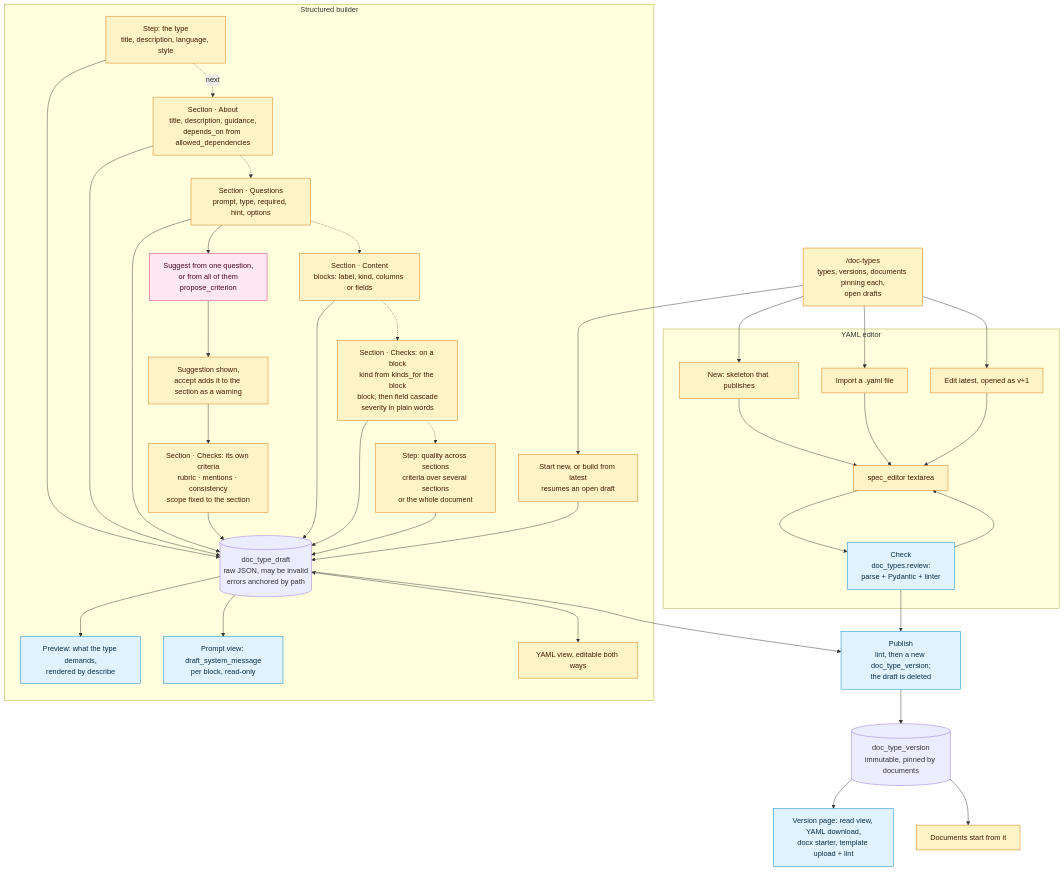
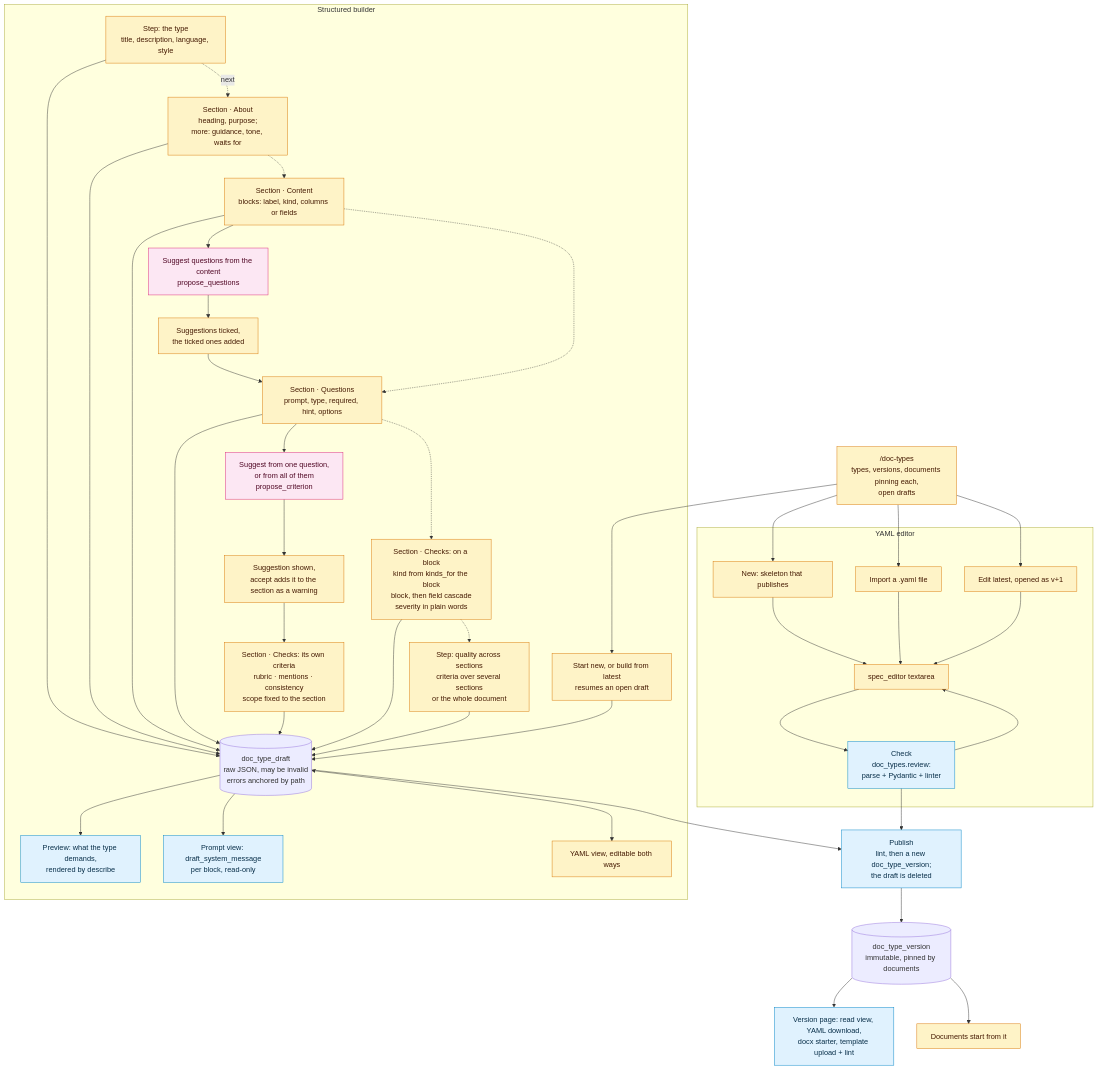
One commit to rlei-odes/lcf changed the second of 3 diagrams in docs/FLOWS.md. Above: the diagram before and after it, drawn with Mermaid. The commit also changed other lines of this file and 24 other files, not shown here.

````diff
--- a/docs/FLOWS.md
+++ b/docs/FLOWS.md
@@ -116,70 +111,73 @@
 ```mermaid
 flowchart TD
     list["/doc-types<br/>types, versions, documents pinning each,<br/>open drafts"]
 
     subgraph YAML["YAML editor"]
         newyaml["New: skeleton that publishes"]
         importyaml["Import a .yaml file"]
         edityaml["Edit latest, opened as v+1"]
         textarea["spec_editor textarea"]
         review["Check<br/>doc_types.review:<br/>parse + Pydantic + linter"]
         newyaml --> textarea
         importyaml --> textarea
         edityaml --> textarea
         textarea --> review --> textarea
     end
 
     subgraph BUILDER["Structured builder"]
         start["Start new, or build from latest<br/>resumes an open draft"]
         draftrow[("doc_type_draft<br/>raw JSON, may be invalid<br/>errors anchored by path")]
 
         meta["Step: the type<br/>title, description, language, style"]
-        sec["Section · About<br/>title, description, guidance,<br/>depends_on from allowed_dependencies"]
+        sec["Section · About<br/>heading, purpose;<br/>more: guidance, tone, waits for"]
         ques["Section · Questions<br/>prompt, type, required, hint, options"]
         blk["Section · Content<br/>blocks: label, kind, columns or fields"]
         req["Section · Checks: on a block<br/>kind from kinds_for the block<br/>block, then field cascade<br/>severity in plain words"]
         crit["Section · Checks: its own criteria<br/>rubric · mentions · consistency<br/>scope fixed to the section"]
         suggest["Suggest from one question,<br/>or from all of them<br/>propose_criterion"]
         offer["Suggestion shown,<br/>accept adds it to the section as a warning"]
         xcrit["Step: quality across sections<br/>criteria over several sections<br/>or the whole document"]
 
         preview["Preview: what the type demands,<br/>rendered by describe"]
         promptview["Prompt view: draft_system_message<br/>per block, read-only"]
         yamlview["YAML view, editable both ways"]
 
         start --> draftrow
         meta --> draftrow
         sec --> draftrow
         ques --> draftrow
         blk --> draftrow
         req --> draftrow
         crit --> draftrow
         xcrit --> draftrow
+        qsuggest["Suggest questions from the content<br/>propose_questions"]
+        qoffer["Suggestions ticked,<br/>the ticked ones added"]
+        blk --> qsuggest --> qoffer --> ques
         ques --> suggest --> offer --> crit
-        meta -. "next" .-> sec -.-> ques -.-> blk -.-> req -.-> xcrit
+        meta -. "next" .-> sec -.-> blk -.-> ques -.-> req -.-> xcrit
         draftrow --> preview
         draftrow --> promptview
         draftrow <--> yamlview
     end
 
     publish["Publish<br/>lint, then a new doc_type_version;<br/>the draft is deleted"]
     version[("doc_type_version<br/>immutable, pinned by documents")]
     vpage["Version page: read view, YAML download,<br/>docx starter, template upload + lint"]
     docs["Documents start from it"]
 
     list --> newyaml
     list --> importyaml
     list --> edityaml
     list --> start
     review --> publish
     draftrow --> publish
     publish --> version --> vpage
     version --> docs
 
     classDef llm fill:#fce7f3,stroke:#db2777,color:#500724
     classDef logic fill:#e0f2fe,stroke:#0284c7,color:#082f49
     classDef human fill:#fef3c7,stroke:#d97706,color:#451a03
-    class suggest llm
+    class suggest,qsuggest llm
     class review,preview,promptview,publish,vpage logic
-    class list,newyaml,importyaml,edityaml,textarea,start,meta,sec,ques,blk,req,crit,xcrit,offer,yamlview,docs human
+    class list,newyaml,importyaml,edityaml,textarea,start,meta,sec,ques,blk,req,crit,xcrit,offer,qoffer,yamlview,docs human
 ```
````
